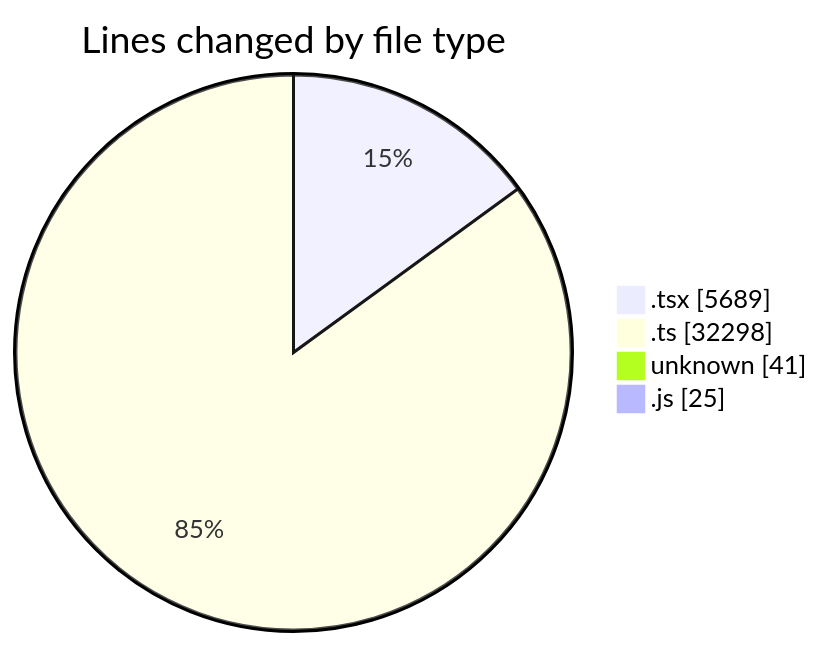
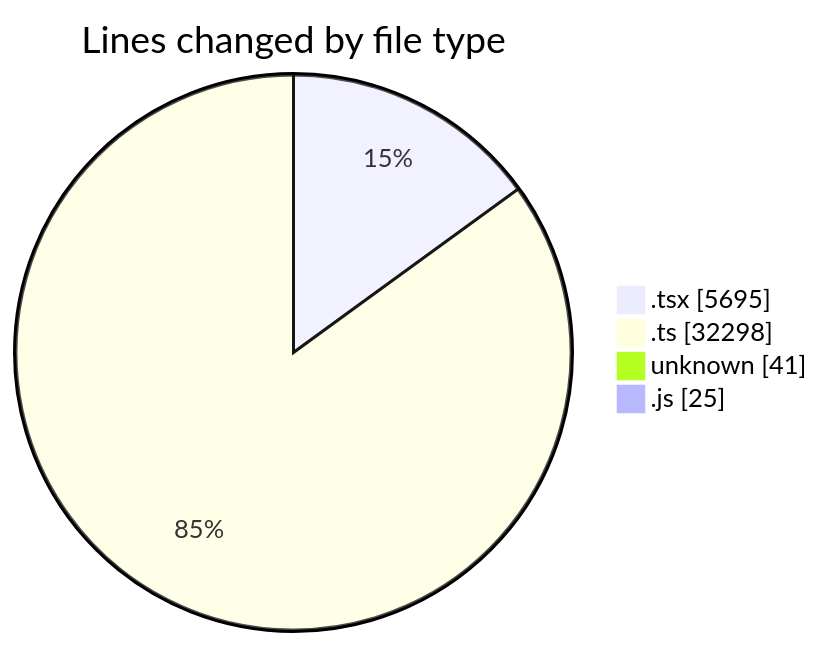
The first of 2 diagrams in 2025-07-07/cda/README.md (momahboobian/code-tracking), drawn with Mermaid before and after one commit. The commit also changed other lines of this file and 1 other file, not shown here.

````diff
--- a/2025-07-07/cda/README.md
+++ b/2025-07-07/cda/README.md
@@ -37,8 +37,8 @@
 ```mermaid
 pie showData
 title Lines changed by file type
-".tsx" : 5689
+".tsx" : 5695
 ".ts" : 32298
 "unknown" : 41
 ".js" : 25
 ```
````
